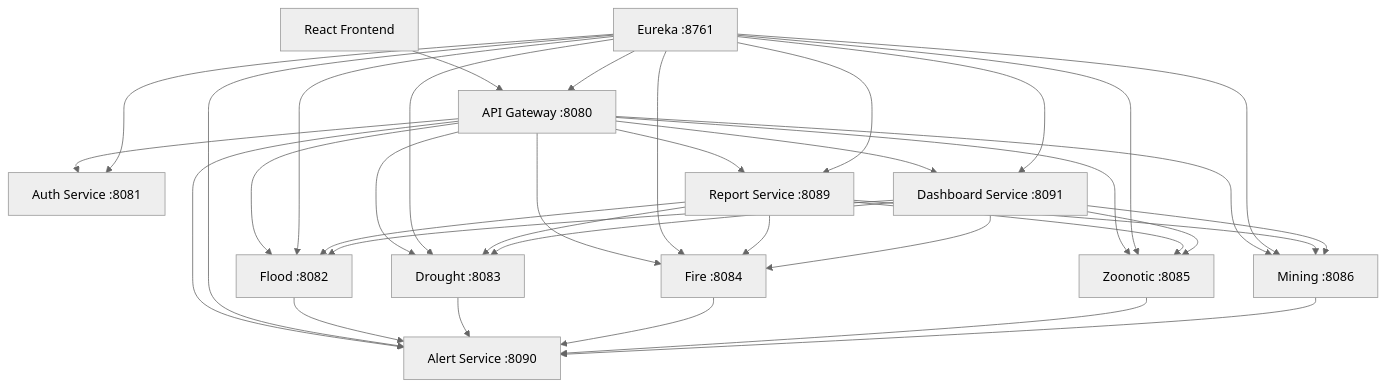
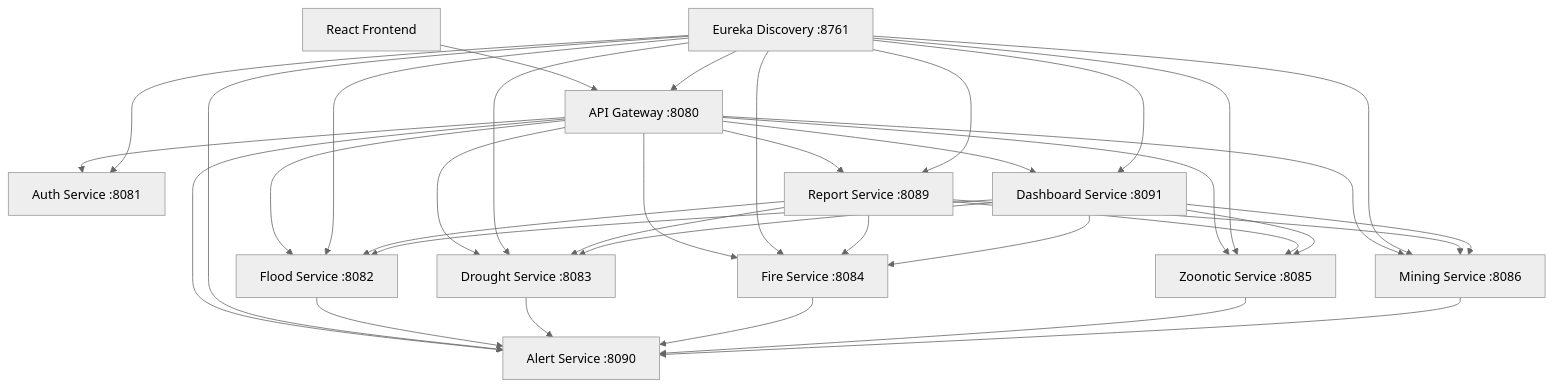
The diagram in README.md (shebe-code/dpdms-complete), drawn with Mermaid (neutral theme) before and after one commit. The commit also changed other lines of this file and 3 other files, not shown here.

````diff
--- a/README.md
+++ b/README.md
@@ -25,38 +76,43 @@
 ```mermaid
 graph TD
   UI[React Frontend] --> GW[API Gateway :8080]
+
   GW --> AUTH[Auth Service :8081]
-  GW --> FLOOD[Flood :8082]
-  GW --> DROUGHT[Drought :8083]
-  GW --> FIRE[Fire :8084]
-  GW --> ZOO[Zoonotic :8085]
-  GW --> MINING[Mining :8086]
+  GW --> FLOOD[Flood Service :8082]
+  GW --> DROUGHT[Drought Service :8083]
+  GW --> FIRE[Fire Service :8084]
+  GW --> ZOO[Zoonotic Service :8085]
+  GW --> MINING[Mining Service :8086]
   GW --> REP[Report Service :8089]
   GW --> ALERT[Alert Service :8090]
   GW --> DASH[Dashboard Service :8091]
-  REG[Eureka :8761] --> AUTH
+
+  REG[Eureka Discovery :8761] --> AUTH
   REG --> GW
   REG --> FLOOD
   REG --> DROUGHT
   REG --> FIRE
   REG --> ZOO
   REG --> MINING
   REG --> REP
   REG --> ALERT
   REG --> DASH
+
   FLOOD --> ALERT
   DROUGHT --> ALERT
   FIRE --> ALERT
   ZOO --> ALERT
   MINING --> ALERT
+
   REP --> FLOOD
   REP --> DROUGHT
   REP --> FIRE
   REP --> ZOO
   REP --> MINING
+
   DASH --> FLOOD
   DASH --> DROUGHT
   DASH --> FIRE
   DASH --> ZOO
   DASH --> MINING
 ```
````
